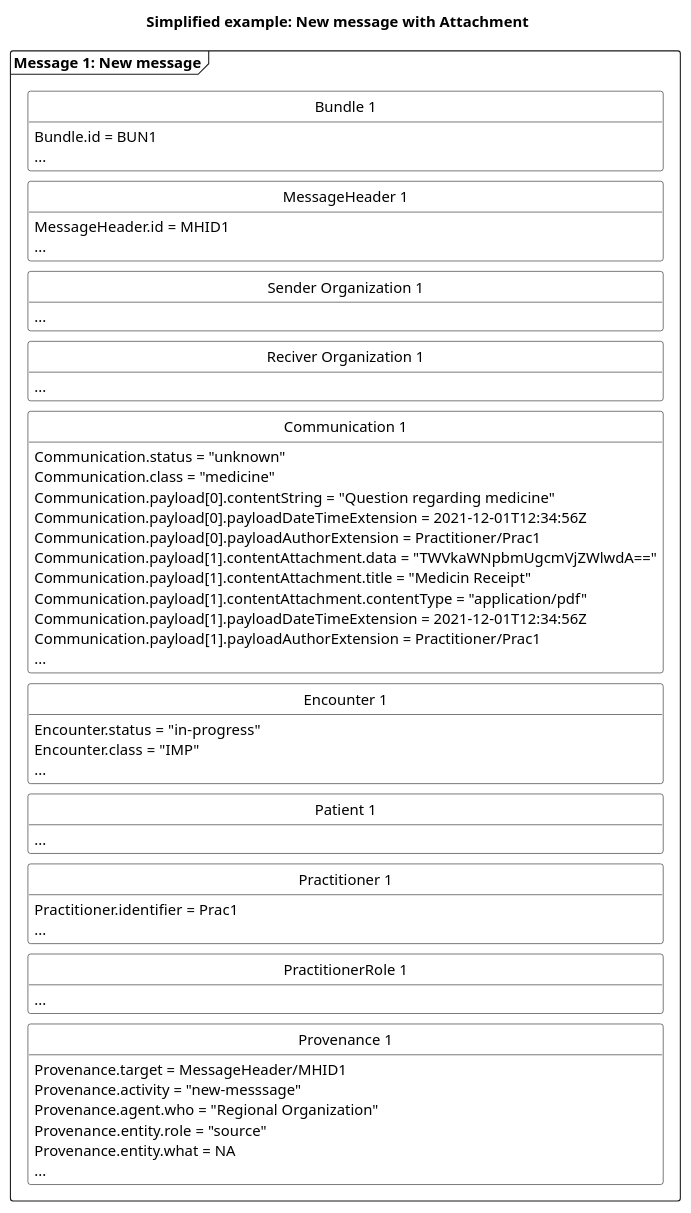
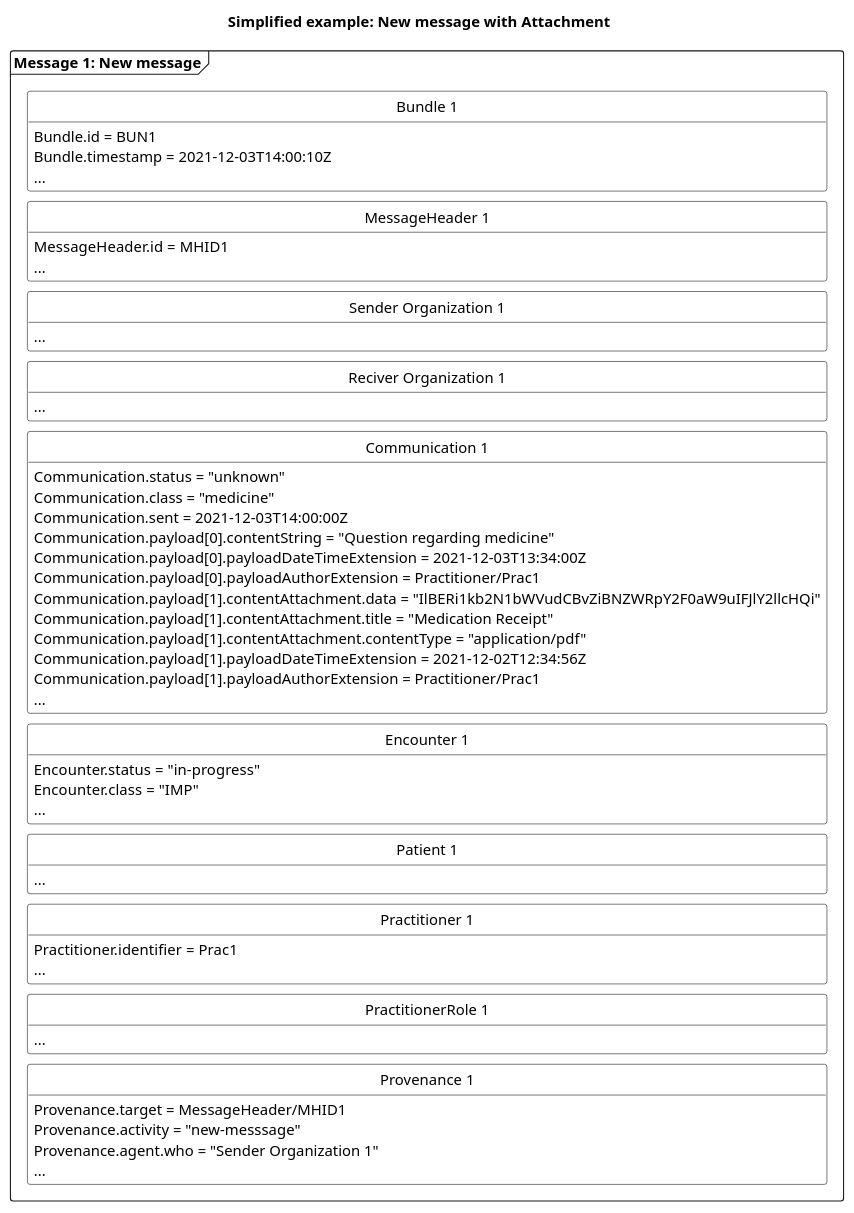
Before and after one commit to medcomdk/dk-medcom-carecommunication: the diagram in puml/CareCommunicationNewMessageWAttachement.puml, drawn with PlantUML. The commit also changed 30 other files, not shown here.

```diff
--- a/puml/CareCommunicationNewMessageWAttachement.puml
+++ b/puml/CareCommunicationNewMessageWAttachement.puml
@@ -1,80 +1,80 @@
 @startuml CCNewMessageAttachment
 'layout
 skinparam class {
     BackgroundColor White
     BorderColor Black
     ArrowColor Black
   }
 hide circle
 hide empty members
 skinparam SameClassWidth true
 skinparam Ranksep 10
 
 
 'title
 title Simplified example: New message with Attachment 
 
 'Message 1: New message
 package "Message 1: New message" as new <<Frame>>{
     class "Bundle 1" as newB {
         Bundle.id = BUN1
+        Bundle.timestamp = 2021-12-03T14:00:10Z
         ...
     }
     class "MessageHeader 1" as newMH{
         MessageHeader.id = MHID1
         ...
     }
     class "Sender Organization 1" as newSOrg{
         ...
     }
     class "Reciver Organization 1" as newROrg{
         ...
     }
     class "Communication 1" as newCom{
         Communication.status = "unknown"
         Communication.class = "medicine"
+        Communication.sent = 2021-12-03T14:00:00Z
         Communication.payload[0].contentString = "Question regarding medicine"
-        Communication.payload[0].payloadDateTimeExtension = 2021-12-01T12:34:56Z
+        Communication.payload[0].payloadDateTimeExtension = 2021-12-03T13:34:00Z
         Communication.payload[0].payloadAuthorExtension = Practitioner/Prac1
-        Communication.payload[1].contentAttachment.data = "TWVkaWNpbmUgcmVjZWlwdA==" 
-        Communication.payload[1].contentAttachment.title = "Medicin Receipt"
+        Communication.payload[1].contentAttachment.data = "IlBERi1kb2N1bWVudCBvZiBNZWRpY2F0aW9uIFJlY2llcHQi" 
+        Communication.payload[1].contentAttachment.title = "Medication Receipt"
         Communication.payload[1].contentAttachment.contentType = "application/pdf"
-        Communication.payload[1].payloadDateTimeExtension = 2021-12-01T12:34:56Z
+        Communication.payload[1].payloadDateTimeExtension = 2021-12-02T12:34:56Z
         Communication.payload[1].payloadAuthorExtension = Practitioner/Prac1
         ...
     }
     class "Encounter 1" as newENC{
         Encounter.status = "in-progress"
         Encounter.class = "IMP"
         ...
     }
     class "Patient 1" as newPT{
         ...
     }
     class "Practitioner 1" as newPrac{
         Practitioner.identifier = Prac1
         ...
     }
     class "PractitionerRole 1" as newPracR{
         ...
     }
     class "Provenance 1" as newPRO{
         Provenance.target = MessageHeader/MHID1
         Provenance.activity = "new-messsage"
-        Provenance.agent.who = "Regional Organization"
-        Provenance.entity.role = "source"
-        Provenance.entity.what = NA
+        Provenance.agent.who = "Sender Organization 1"
         ...
     }
 
 newB -[hidden]- newMH
 newMH -[hidden]- newSOrg
 newSOrg-[hidden]-newROrg
 newROrg-[hidden]-newCom
 newCom -[hidden]- newENC
 newENC-[hidden]-newPT
 newPT-[hidden]-newPrac
 newPrac-[hidden]-newPracR
 newPracR-[hidden]-newPRO
 
 @enduml
```
